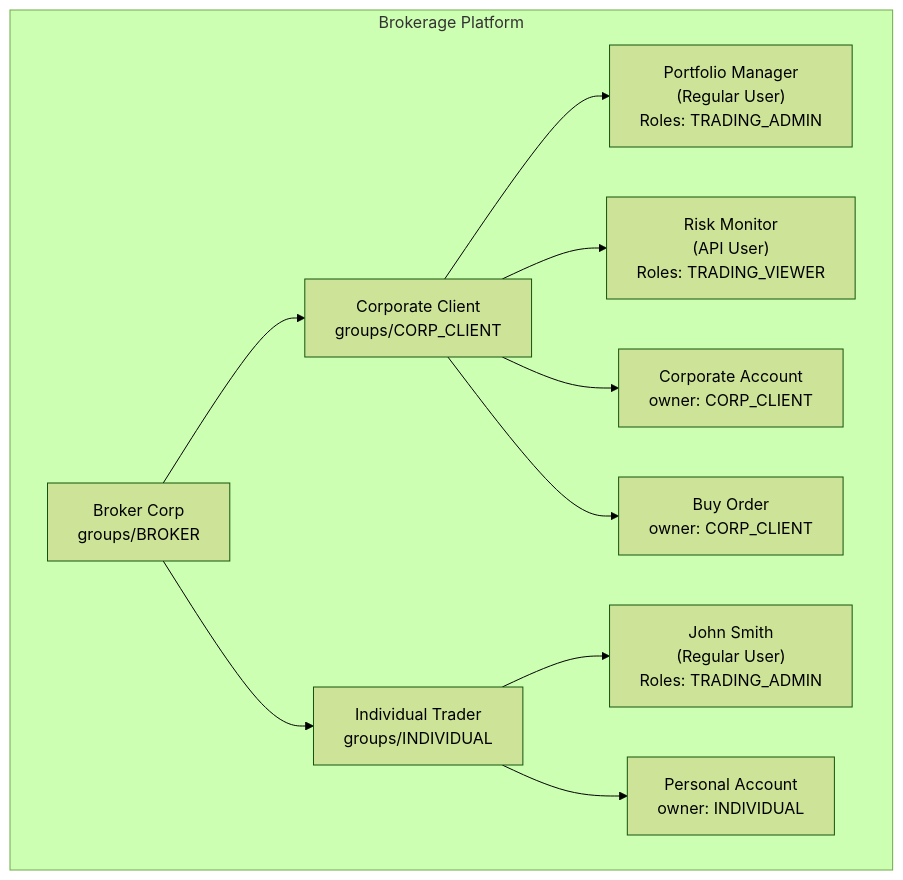
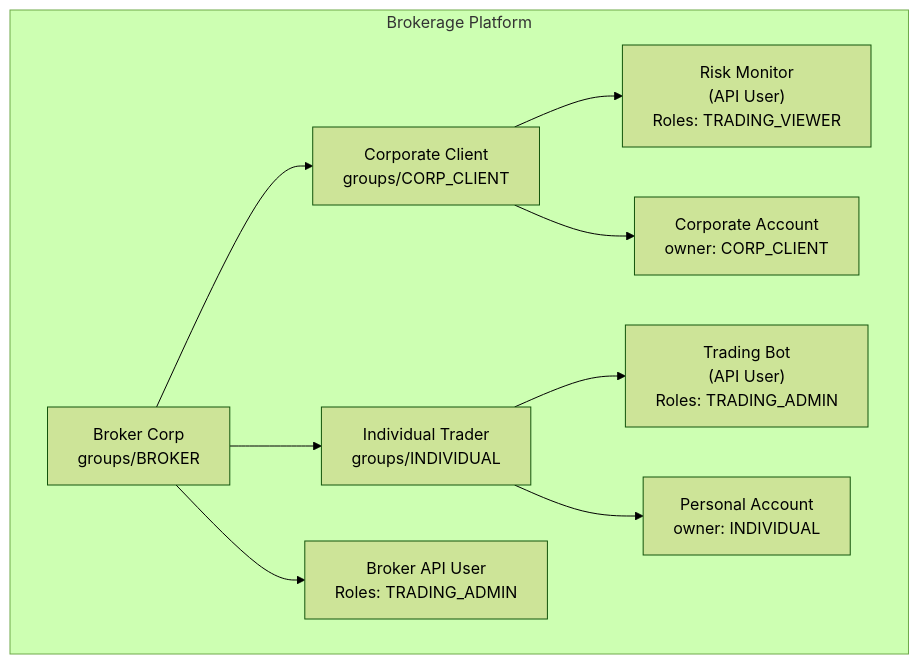
The sixth of 6 diagrams in docs/docs/access-control/index.mdx (meshtrade/api), drawn with Mermaid (forest theme) before and after one commit. The commit also changed other lines of this file, not shown here.

````diff
--- a/docs/docs/access-control/index.mdx
+++ b/docs/docs/access-control/index.mdx
@@ -284,25 +267,23 @@
 ```mermaid
 graph TD
     subgraph "Brokerage Platform"
         Broker["Broker Corp<br/>groups/BROKER"]
         Corp["Corporate Client<br/>groups/CORP_CLIENT"]
         Individual["Individual Trader<br/>groups/INDIVIDUAL"]
 
-        CorpManager["Portfolio Manager<br/>(Regular User)<br/>Roles: TRADING_ADMIN"]
+        BrokerBot["Broker API User<br/>Roles: TRADING_ADMIN"]
         CorpBot["Risk Monitor<br/>(API User)<br/>Roles: TRADING_VIEWER"]
-        IndTrader["John Smith<br/>(Regular User)<br/>Roles: TRADING_ADMIN"]
+        IndBot["Trading Bot<br/>(API User)<br/>Roles: TRADING_ADMIN"]
 
         CorpAccount["Corporate Account<br/>owner: CORP_CLIENT"]
         IndAccount["Personal Account<br/>owner: INDIVIDUAL"]
-        Order1["Buy Order<br/>owner: CORP_CLIENT"]
 
         Broker --> Corp
         Broker --> Individual
-        Corp --> CorpManager
+        Broker --> BrokerBot
         Corp --> CorpBot
-        Individual --> IndTrader
+        Individual --> IndBot
         Corp --> CorpAccount
         Individual --> IndAccount
-        Corp --> Order1
     end
 ```
````
